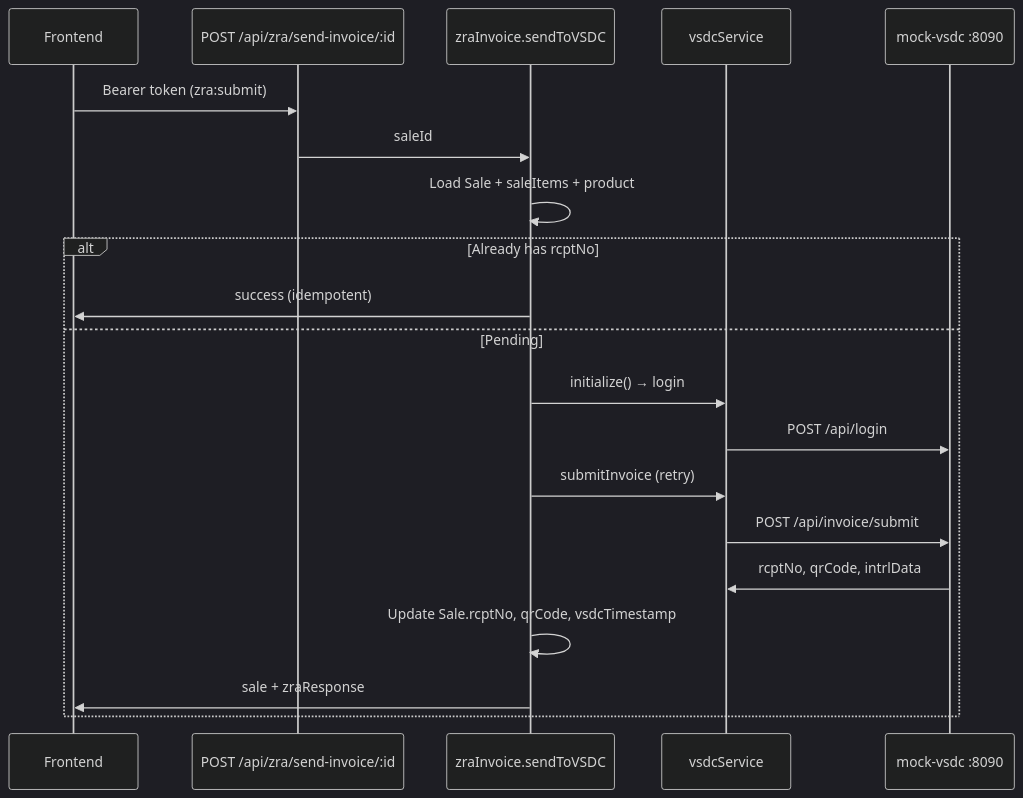
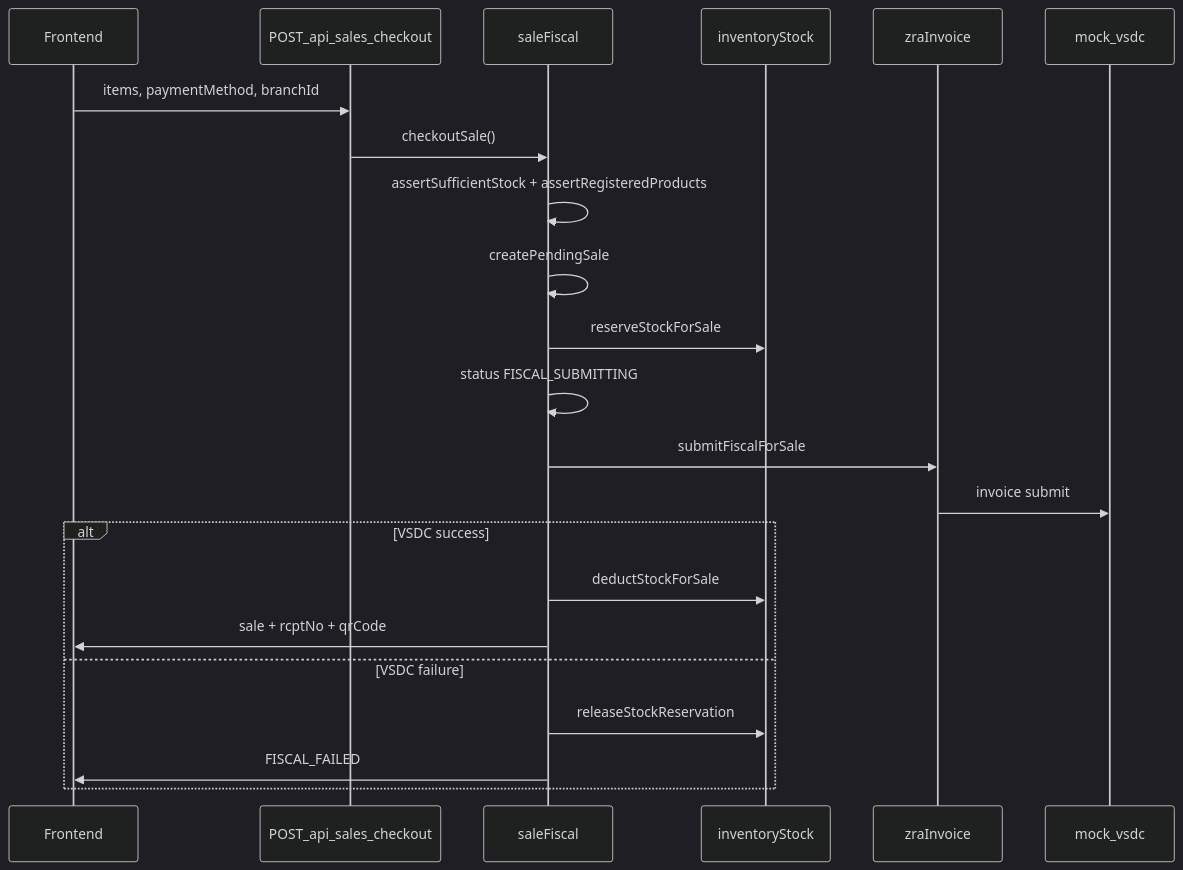
The diagram in smart-pos-backend/docs/ARCHITECTURE.md (Numzn/SMARTPOS), drawn with Mermaid (dark theme) before and after one commit. The commit also changed other lines of this file and 13 other files, not shown here.

````diff
--- a/smart-pos-backend/docs/ARCHITECTURE.md
+++ b/smart-pos-backend/docs/ARCHITECTURE.md
@@ -59,23 +38,25 @@
 ```mermaid
 sequenceDiagram
     participant FE as Frontend
-    participant ZRA as POST /api/zra/send-invoice/:id
-    participant Svc as zraInvoice.sendToVSDC
-    participant VSDC as vsdcService
-    participant Mock as mock-vsdc :8090
+    participant API as POST_api_sales_checkout
+    participant SF as saleFiscal
+    participant Inv as inventoryStock
+    participant ZRA as zraInvoice
+    participant VSDC as mock_vsdc
 
-    FE->>ZRA: Bearer token (zra:submit)
-    ZRA->>Svc: saleId
-    Svc->>Svc: Load Sale + saleItems + product
-    alt Already has rcptNo
-        Svc->>FE: success (idempotent)
-    else Pending
-        Svc->>VSDC: initialize() → login
-        VSDC->>Mock: POST /api/login
-        Svc->>VSDC: submitInvoice (retry)
-        VSDC->>Mock: POST /api/invoice/submit
-        Mock->>VSDC: rcptNo, qrCode, intrlData
-        Svc->>Svc: Update Sale.rcptNo, qrCode, vsdcTimestamp
-        Svc->>FE: sale + zraResponse
+    FE->>API: items, paymentMethod, branchId
+    API->>SF: checkoutSale()
+    SF->>SF: assertSufficientStock + assertRegisteredProducts
+    SF->>SF: createPendingSale
+    SF->>Inv: reserveStockForSale
+    SF->>SF: status FISCAL_SUBMITTING
+    SF->>ZRA: submitFiscalForSale
+    ZRA->>VSDC: invoice submit
+    alt VSDC success
+        SF->>Inv: deductStockForSale
+        SF->>FE: sale + rcptNo + qrCode
+    else VSDC failure
+        SF->>Inv: releaseStockReservation
+        SF->>FE: FISCAL_FAILED
     end
 ```
````
